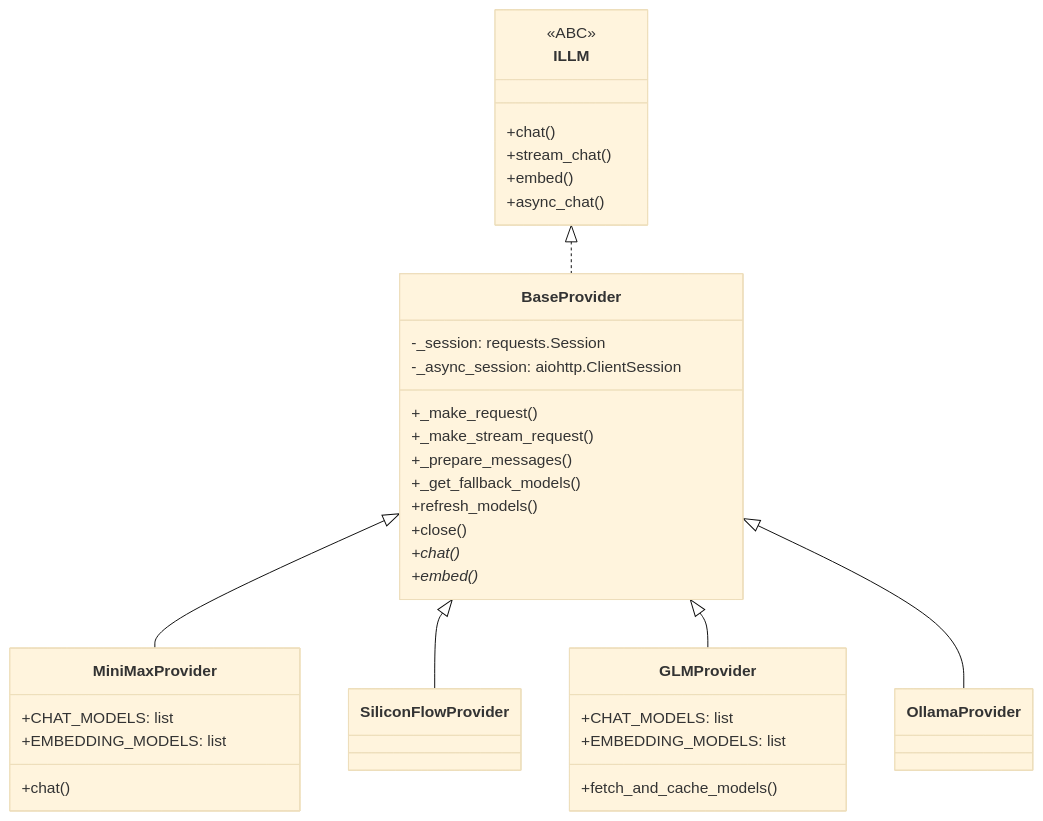
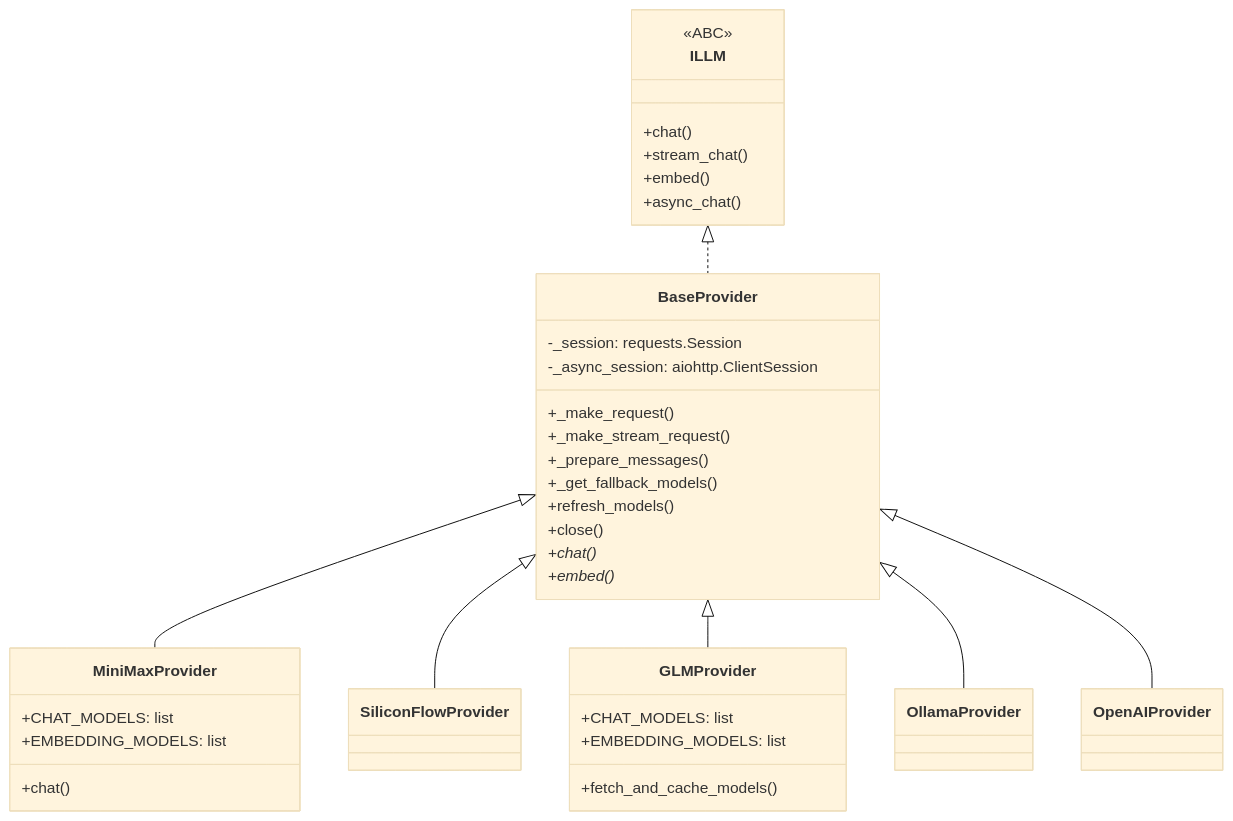
The tenth of 14 diagrams in docs/architecture/full-analysis.md (KKPIP-Tech/InstructionX), drawn with Mermaid (base theme) before and after one commit. The commit also changed other lines of this file and 24 other files, not shown here.

````diff
--- a/docs/architecture/full-analysis.md
+++ b/docs/architecture/full-analysis.md
@@ -637,41 +653,42 @@
 ```mermaid
 classDiagram
     class ILLM {
         <<ABC>>
         +chat()
         +stream_chat()
         +embed()
         +async_chat()
     }
 
     class BaseProvider {
         -_session: requests.Session
         -_async_session: aiohttp.ClientSession
         +_make_request()
         +_make_stream_request()
         +_prepare_messages()
         +_get_fallback_models()
         +refresh_models()
         +close()
         +chat()*
         +embed()*
     }
 
     class MiniMaxProvider {
         +CHAT_MODELS: list
         +EMBEDDING_MODELS: list
         +chat()
     }
 
     class GLMProvider {
         +CHAT_MODELS: list
         +EMBEDDING_MODELS: list
         +fetch_and_cache_models()
     }
 
     ILLM <|.. BaseProvider
     BaseProvider <|-- MiniMaxProvider
     BaseProvider <|-- SiliconFlowProvider
     BaseProvider <|-- GLMProvider
     BaseProvider <|-- OllamaProvider
+    BaseProvider <|-- OpenAIProvider
 ```
````
